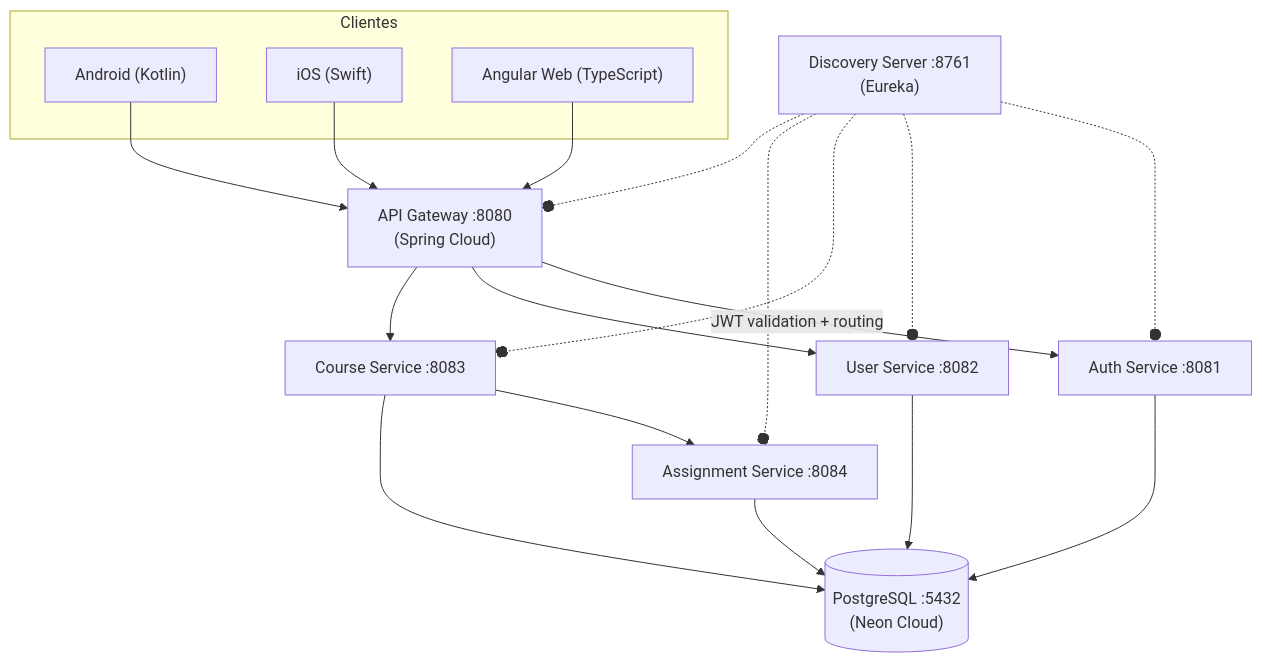
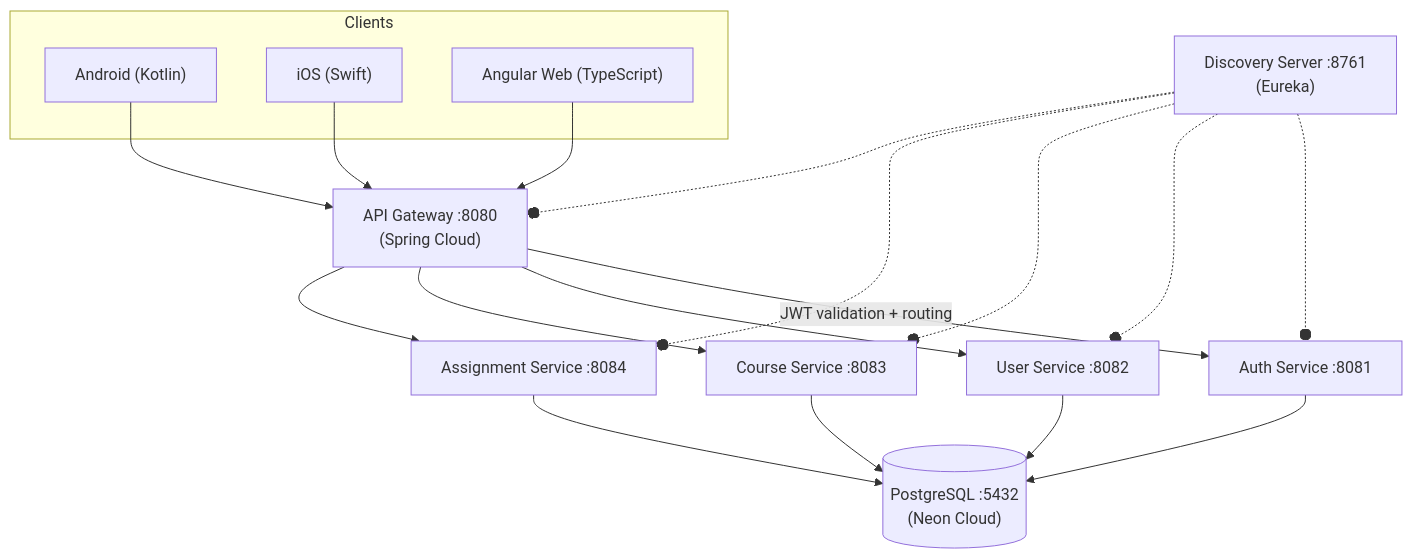
The first of 4 diagrams in docs/DESIGN.md (K-Forge/KApp), drawn with Mermaid before and after one commit. The commit also changed other lines of this file and 12 other files, not shown here.

````diff
--- a/docs/DESIGN.md
+++ b/docs/DESIGN.md
@@ -12,19 +18,19 @@
 ```mermaid
 graph TD
-    subgraph Clientes
+    subgraph Clients
         A["Android (Kotlin)"]
         B["iOS (Swift)"]
         C["Angular Web (TypeScript)"]
     end
 
-    A & B & C --> GW["API Gateway :8080\n(Spring Cloud)"]
+    A & B & C --> GW["API Gateway :8080<br/>(Spring Cloud)"]
 
     GW -- "JWT validation + routing" --> AUTH["Auth Service :8081"]
     GW --> USER["User Service :8082"]
     GW --> COURSE["Course Service :8083"]
-    COURSE --> ASSIGN["Assignment Service :8084"]
+    GW --> ASSIGN["Assignment Service :8084"]
 
-    EUREKA["Discovery Server :8761\n(Eureka)"] -.-o AUTH & USER & COURSE & ASSIGN & GW
+    EUREKA["Discovery Server :8761<br/>(Eureka)"] -.-o AUTH & USER & COURSE & ASSIGN & GW
 
-    AUTH & USER & COURSE & ASSIGN --> DB[("PostgreSQL :5432\n(Neon Cloud)")]
+    AUTH & USER & COURSE & ASSIGN --> DB[("PostgreSQL :5432<br/>(Neon Cloud)")]
 ```
````
